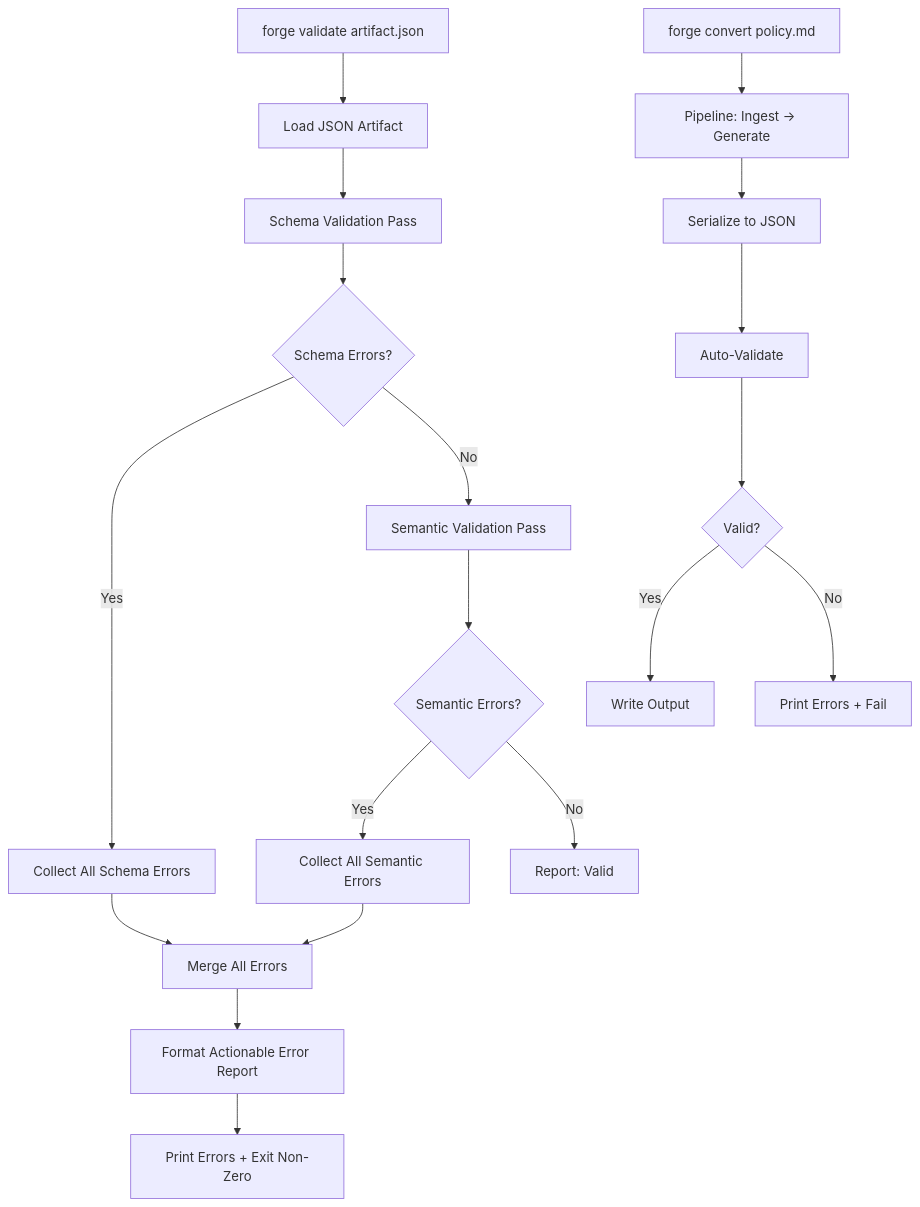
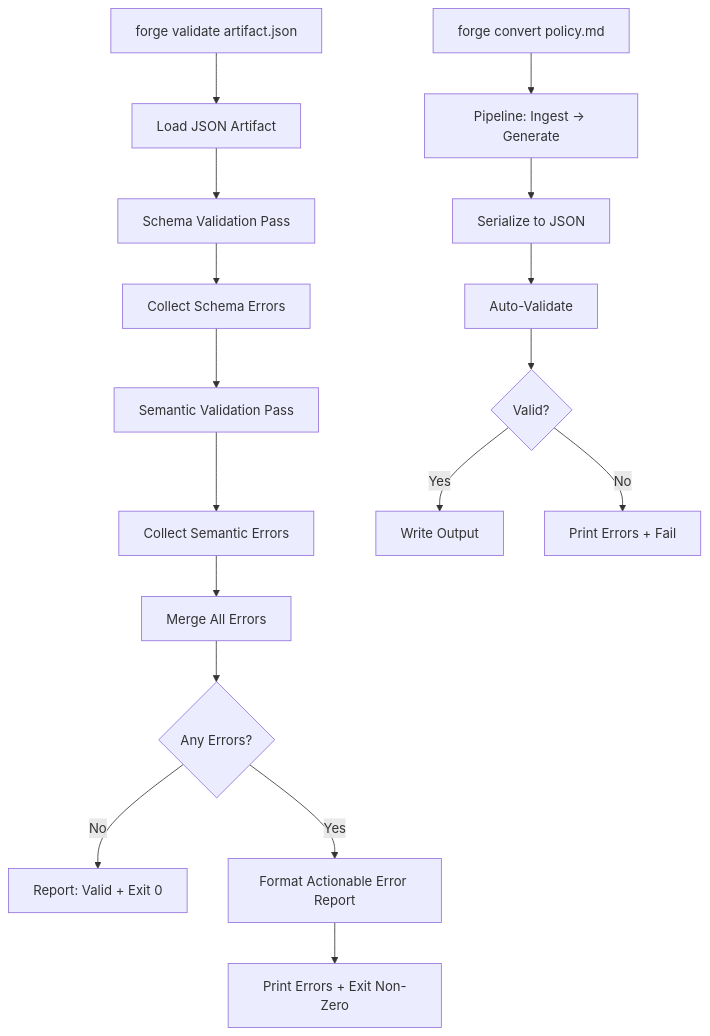
The first of 3 diagrams in docs/PRD/020-prd-validation-error-reporting.md (policy-forge/forge), drawn with Mermaid before and after one commit. The commit also changed other lines of this file and 18 other files, not shown here.

First line of the commit message:
feat: add enhanced validation error reporting (WI-20)

````diff
--- a/docs/PRD/020-prd-validation-error-reporting.md
+++ b/docs/PRD/020-prd-validation-error-reporting.md
@@ -189,22 +189,20 @@
 ```mermaid
 flowchart TD
     A[forge validate artifact.json] --> B[Load JSON Artifact]
     B --> C[Schema Validation Pass]
-    C --> D{Schema Errors?}
-    D -->|Yes| E[Collect All Schema Errors]
-    D -->|No| F[Semantic Validation Pass]
-    F --> G{Semantic Errors?}
-    G -->|Yes| H[Collect All Semantic Errors]
-    G -->|No| I[Report: Valid]
-    E --> J[Merge All Errors]
-    H --> J
-    J --> K[Format Actionable Error Report]
-    K --> L[Print Errors + Exit Non-Zero]
+    C --> E[Collect Schema Errors]
+    E --> F[Semantic Validation Pass]
+    F --> H[Collect Semantic Errors]
+    H --> J[Merge All Errors]
+    J --> K{Any Errors?}
+    K -->|No| I[Report: Valid + Exit 0]
+    K -->|Yes| L[Format Actionable Error Report]
+    L --> M1[Print Errors + Exit Non-Zero]
 
-    M[forge convert policy.md] --> N[Pipeline: Ingest -> Generate]
+    M2[forge convert policy.md] --> N[Pipeline: Ingest -> Generate]
     N --> O[Serialize to JSON]
     O --> P[Auto-Validate]
     P --> Q{Valid?}
     Q -->|Yes| R[Write Output]
     Q -->|No| S[Print Errors + Fail]
 ```
````
